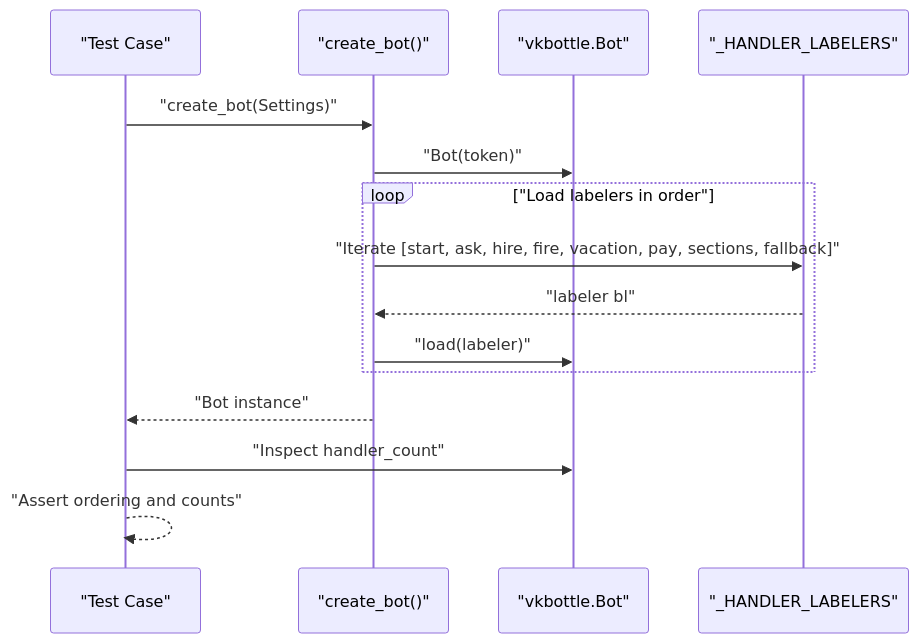
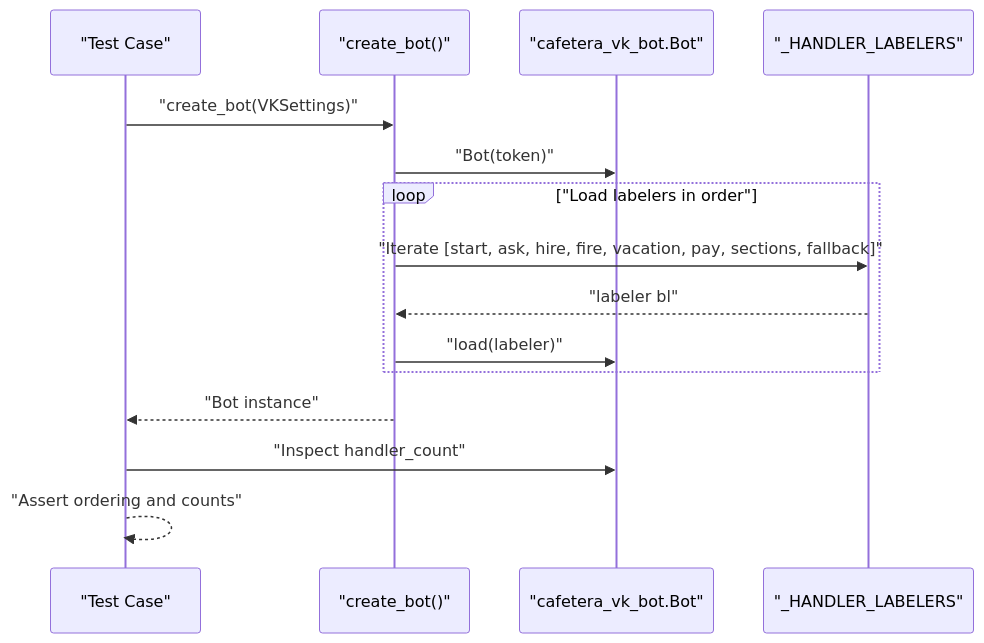
One commit to ognelis/cafetera_hr_bot changed the second of 3 diagrams in .qoder/repowiki/en/content/Testing Strategy.md. Above: the diagram before and after it, drawn with Mermaid. The commit also changed other lines of this file and 139 other files, not shown here.

````diff
--- a/.qoder/repowiki/en/content/Testing Strategy.md
+++ b/.qoder/repowiki/en/content/Testing Strategy.md
@@ -398,17 +418,17 @@
 ```mermaid
 sequenceDiagram
 participant Test as "Test Case"
 participant Factory as "create_bot()"
-participant Bot as "vkbottle.Bot"
+participant Bot as "cafetera_vk_bot.Bot"
 participant Labelers as "_HANDLER_LABELERS"
-Test->>Factory : "create_bot(Settings)"
+Test->>Factory : "create_bot(VKSettings)"
 Factory->>Bot : "Bot(token)"
 loop "Load labelers in order"
 Factory->>Labelers : "Iterate [start, ask, hire, fire, vacation, pay, sections, fallback]"
 Labelers-->>Factory : "labeler bl"
 Factory->>Bot : "load(labeler)"
 end
 Factory-->>Test : "Bot instance"
 Test->>Bot : "Inspect handler_count"
 Test-->>Test : "Assert ordering and counts"
 ```
````
